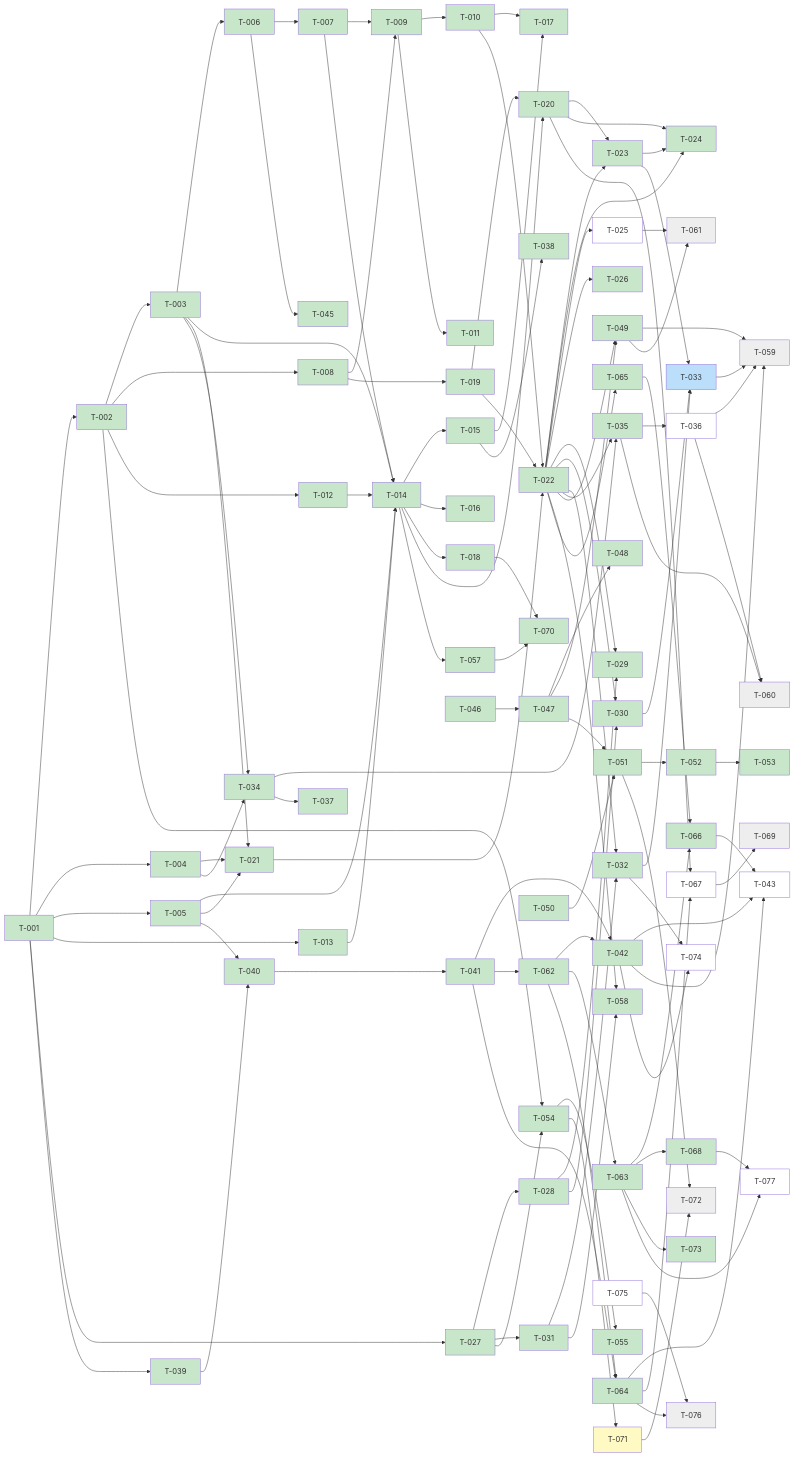
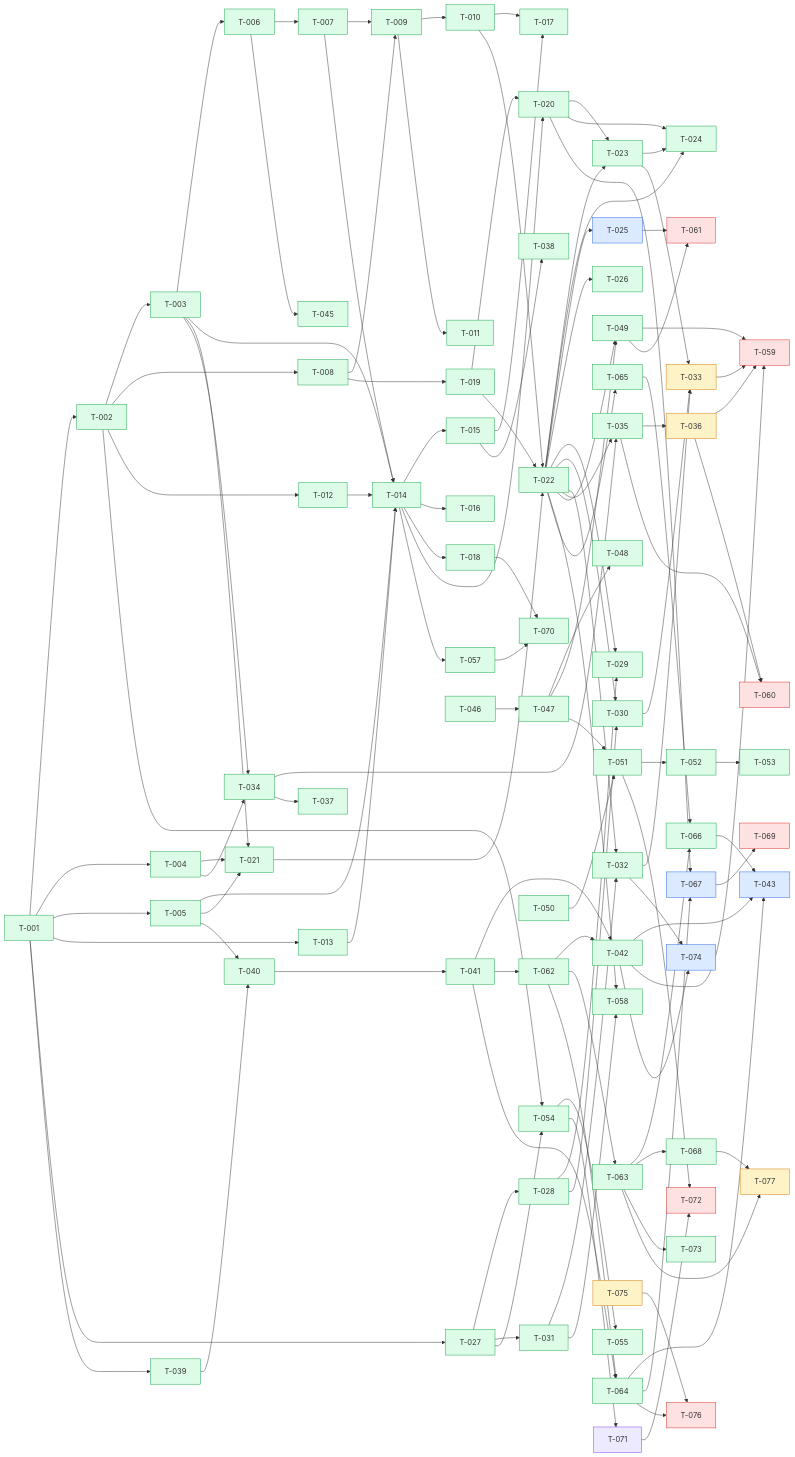
The diagram in kanban/BOARD.md (scholtz/biatec-chat), drawn with Mermaid before and after one commit. The commit also changed other lines of this file and 3 other files, not shown here.

````diff
--- a/kanban/BOARD.md
+++ b/kanban/BOARD.md
@@ -226,14 +226,87 @@
   T075[T-075] --> T076[T-076]
   T063[T-063] --> T077[T-077]
   T068[T-068] --> T077[T-077]
-  classDef done fill:#c8e6c9
-  classDef review fill:#fff9c4
-  classDef inprogress fill:#bbdefb
-  classDef backlog fill:#ffffff
-  classDef blocked fill:#eeeeee
-  class T001,T002,T003,T004,T005,T006,T007,T008,T009,T010,T011,T012,T013,T014,T015,T016,T017,T018,T019,T020,T021,T022,T023,T024,T026,T027,T028,T029,T030,T031,T032,T034,T035,T037,T038,T039,T040,T041,T042,T044,T045,T046,T047,T048,T049,T050,T051,T052,T053,T054,T055,T056,T057,T058,T062,T063,T064,T065,T066,T068,T070,T073 done
+  classDef backlog fill:#dbeafe,stroke:#2563eb
+  classDef prog fill:#fef3c7,stroke:#d97706
+  classDef blocked fill:#fee2e2,stroke:#dc2626
+  classDef review fill:#ede9fe,stroke:#7c3aed
+  classDef done fill:#dcfce7,stroke:#16a34a
+  class T001 done
+  class T002 done
+  class T003 done
+  class T004 done
+  class T005 done
+  class T006 done
+  class T007 done
+  class T008 done
+  class T009 done
+  class T010 done
+  class T011 done
+  class T012 done
+  class T013 done
+  class T014 done
+  class T015 done
+  class T016 done
+  class T017 done
+  class T018 done
+  class T019 done
+  class T020 done
+  class T021 done
+  class T022 done
+  class T023 done
+  class T024 done
+  class T025 backlog
+  class T026 done
+  class T027 done
+  class T028 done
+  class T029 done
+  class T030 done
+  class T031 done
+  class T032 done
+  class T033 prog
+  class T034 done
+  class T035 done
+  class T036 prog
+  class T037 done
+  class T038 done
+  class T039 done
+  class T040 done
+  class T041 done
+  class T042 done
+  class T043 backlog
+  class T044 done
+  class T045 done
+  class T046 done
+  class T047 done
+  class T048 done
+  class T049 done
+  class T050 done
+  class T051 done
+  class T052 done
+  class T053 done
+  class T054 done
+  class T055 done
+  class T056 done
+  class T057 done
+  class T058 done
+  class T059 blocked
+  class T060 blocked
+  class T061 blocked
+  class T062 done
+  class T063 done
+  class T064 done
+  class T065 done
+  class T066 done
+  class T067 backlog
+  class T068 done
+  class T069 blocked
+  class T070 done
   class T071 review
-  class T033 inprogress
-  class T036,T025,T043,T074,T075,T077,T067 backlog
-  class T059,T076,T072,T060,T061,T069 blocked
+  class T072 blocked
+  class T073 done
+  class T074 backlog
+  class T075 prog
+  class T076 blocked
+  class T077 prog
+
 ```
````
